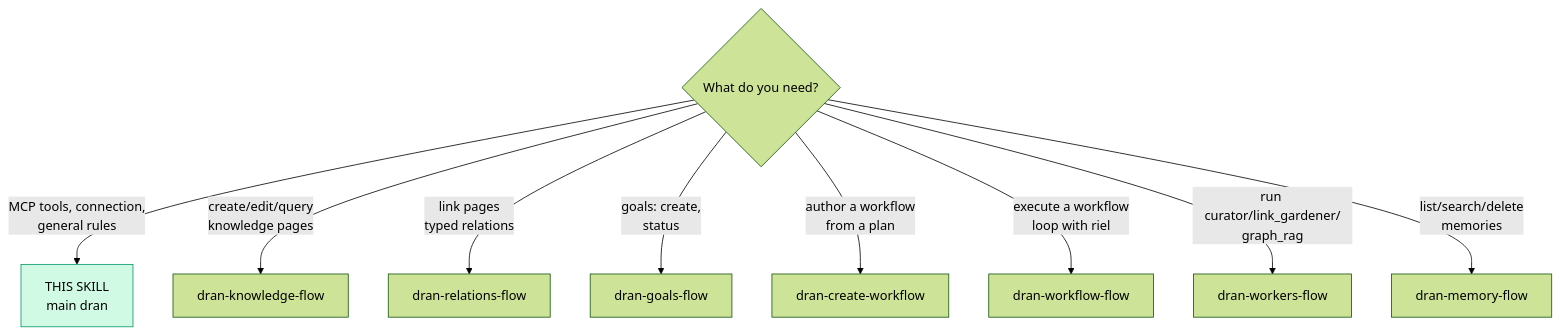
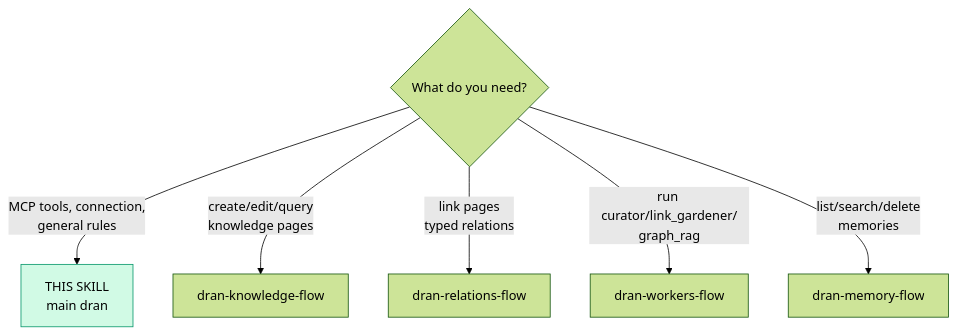
Before and after one commit to alvarolizama/dran: the first of 2 diagrams in skills/dran/SKILL.md, drawn with Mermaid (forest theme). The commit also changed other lines of this file and 71 other files, not shown here.

````diff
--- a/skills/dran/SKILL.md
+++ b/skills/dran/SKILL.md
@@ -23,13 +23,10 @@
 ```mermaid
 flowchart TD
   Q{What do you need?} -->|"MCP tools, connection,\ngeneral rules"| SELF["THIS SKILL\nmain dran"]
   Q -->|"create/edit/query\nknowledge pages"| K[dran-knowledge-flow]
   Q -->|"link pages\ntyped relations"| R[dran-relations-flow]
-  Q -->|"goals: create,\nstatus"| G[dran-goals-flow]
-  Q -->|"author a workflow\nfrom a plan"| C[dran-create-workflow]
-  Q -->|"execute a workflow\nloop with riel"| W[dran-workflow-flow]
   Q -->|"run curator/link_gardener/\ngraph_rag"| X[dran-workers-flow]
   Q -->|"list/search/delete\nmemories"| M[dran-memory-flow]
 
   style SELF fill:#d1fae5,stroke:#059669
 ```
````
